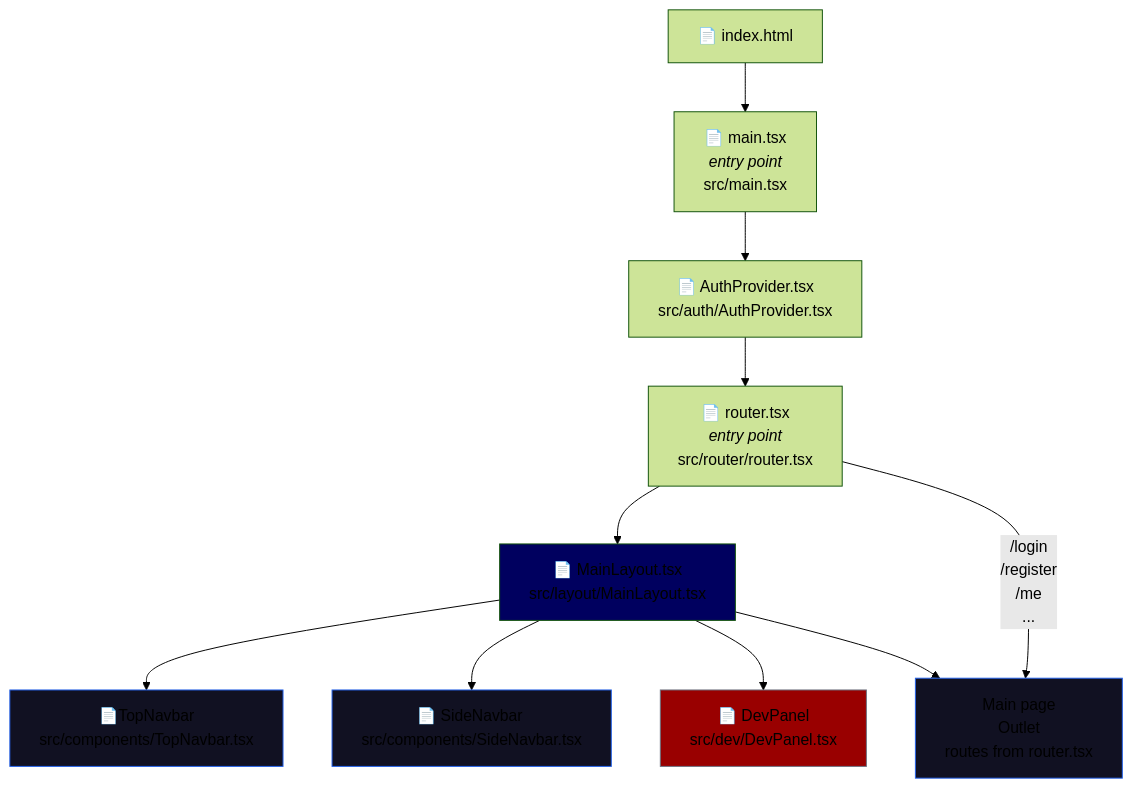
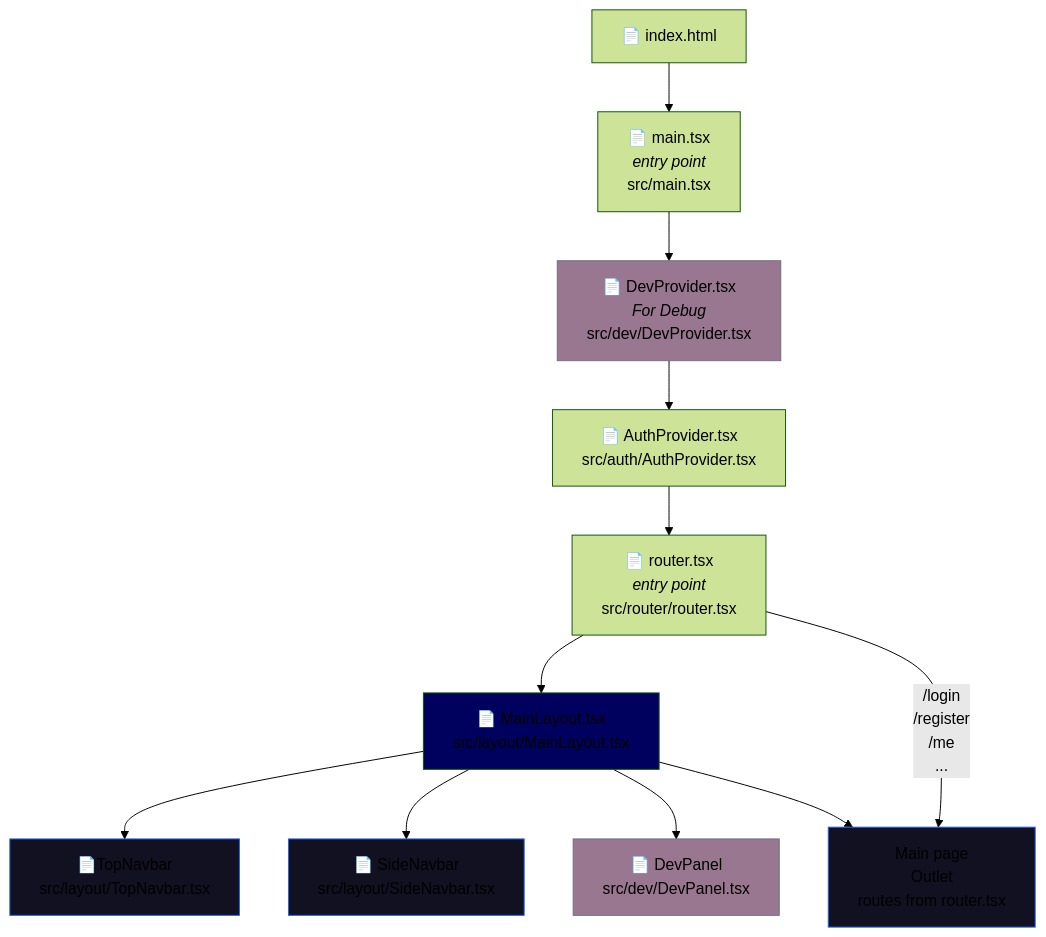
The diagram in docs/frontend/architecture-mermaid.md (ckl67/SkoreFlow), drawn with Mermaid (forest theme) before and after one commit. The commit also changed other lines of this file and 19 other files, not shown here.

````diff
--- a/docs/frontend/architecture-mermaid.md
+++ b/docs/frontend/architecture-mermaid.md
@@ -10,68 +12,75 @@
 ```mermaid
 graph TD
 
 %% ClassDef
-classDef file fill:#990000,stroke:#6b7280;
+classDef dev fill:#997790,stroke:#6b7280;
 classDef component fill:#111122,stroke:#2563eb;
 classDef main fill:#00005F
 
 %% html entry : point
 INDEX["📄 index.html"]
 
 %% react entry point : main.tsx
 MAIN["`📄 main.tsx
 *entry point*
 src/main.tsx`"]
 
+DEV["`📄 DevProvider.tsx
+*For Debug*
+src/dev/DevProvider.tsx`"
+]
+
 AUTH["`📄 AuthProvider.tsx
 src/auth/AuthProvider.tsx`"]
 
 ROUTER["`📄 router.tsx
 *entry point*
 src/router/router.tsx`"]
 
 INDEX --> MAIN
-MAIN --> AUTH
+MAIN --> DEV
+DEV --> AUTH
 AUTH --> ROUTER
 
 %% First element in router : MainLayout
 %% <br> NOT supported here
 %% CR is OK !
 MAINLAYOUT["`📄 MainLayout.tsx
 src/layout/MainLayout.tsx`"]
 
 ROUTER --> MAINLAYOUT
 
 %% In MainLayout
 TOPNAVBAR["`📄TopNavbar
-src/components/TopNavbar.tsx`"]
+src/layout/TopNavbar.tsx`"]
 
-SIDENAVBAR["`📄 SideNavbar src/components/SideNavbar.tsx`"]
+SIDENAVBAR["`📄 SideNavbar
+src/layout/SideNavbar.tsx`"]
 
 %% Then rest of the route to OUTLET
 OUTLET["`Main page
 Outlet
 routes from router.tsx`"]
 
 %% DevPanel
 DEVPANEL["`📄 DevPanel
  src/dev/DevPanel.tsx`"]
 
 MAINLAYOUT --> TOPNAVBAR
 MAINLAYOUT --> SIDENAVBAR
 MAINLAYOUT --> DEVPANEL
 MAINLAYOUT --> OUTLET
 
 %% <br/> NOT supported here
 ROUTER --> |/login
 /register
 /me
 ...| OUTLET
 
 
 %% Class application
 
 class TOPNAVBAR,SIDENAVBAR,OUTLET component;
-class DEVPANEL file;
+class DEVPANEL,DEV dev;
 class MAINLAYOUT main;
 ```
````
